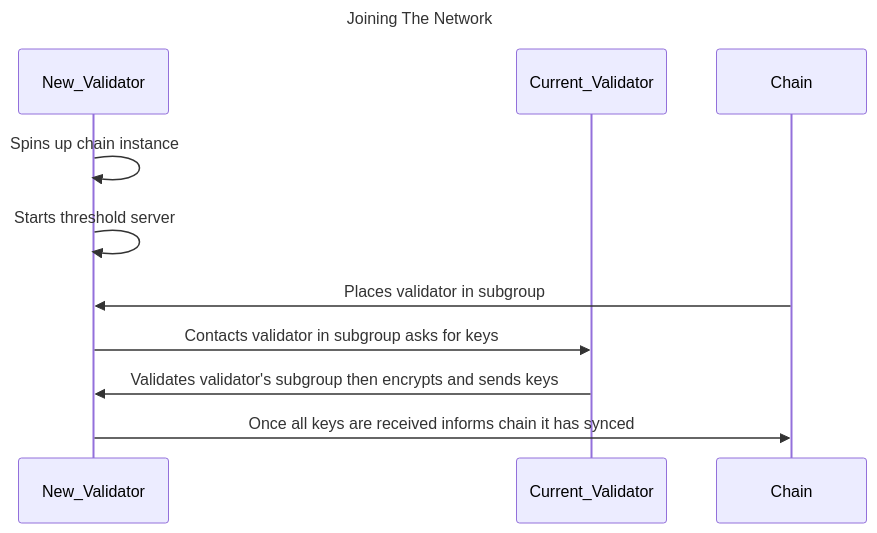
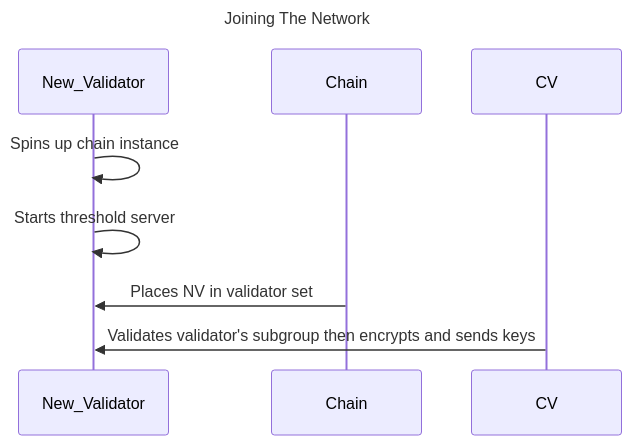
Before and after one commit to entropyxyz/entropy-docs: the diagram in content/concepts/joining-the-network.md, drawn with Mermaid. The commit also changed other lines of this file, not shown here.

````diff
--- a/content/concepts/joining-the-network.md
+++ b/content/concepts/joining-the-network.md
@@ -19,14 +19,11 @@
 ```mermaid
 sequenceDiagram
     title Joining The Network
     participant NV as New_Validator
-    participant CV as Current_Validator
     participant C as Chain
 
     NV->>NV: Spins up chain instance
     NV->>NV: Starts threshold server
-    C->>NV: Places validator in subgroup
-    NV->>CV: Contacts validator in subgroup asks for keys
+    C->>NV: Places NV in validator set
     CV->>NV: Validates validator's subgroup then encrypts and sends keys
-    NV->>C: Once all keys are received informs chain it has synced
 ```
````
